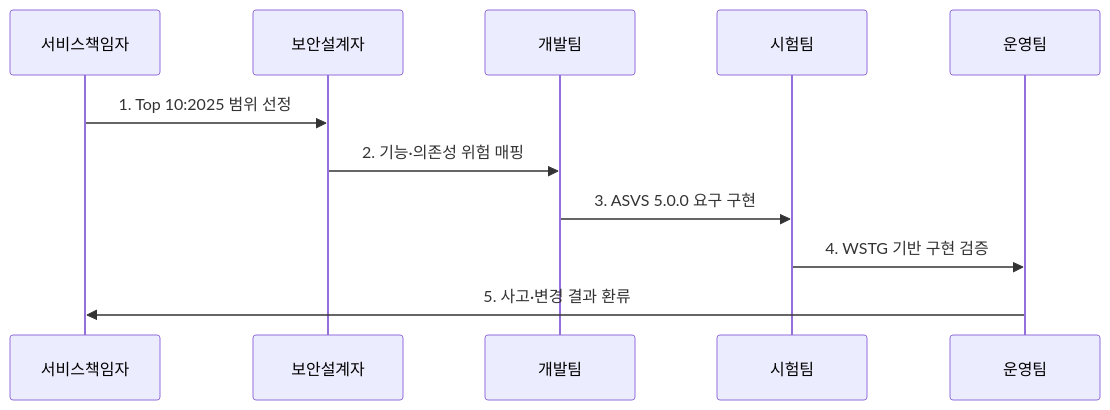
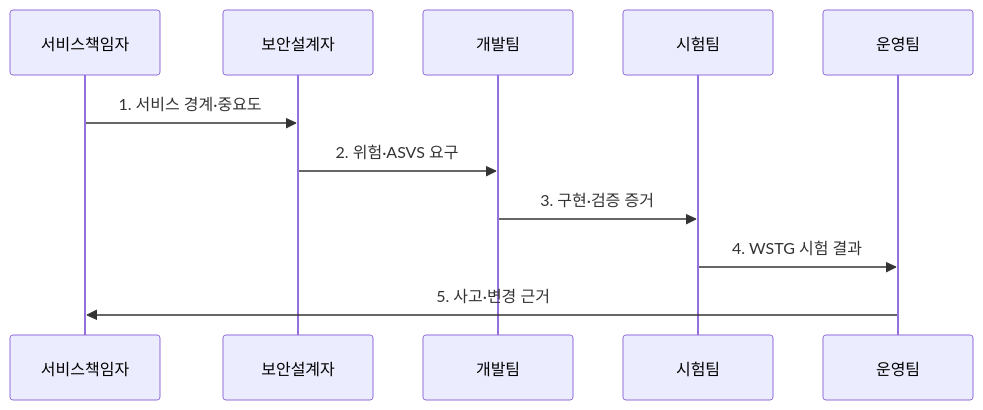
One commit to agnusdei1207/knowledge-base changed the second of 2 diagrams in src/content/docs/notes/05-security/045_owasp_top_10.md. Above: the diagram before and after it, drawn with Mermaid. The commit also changed other lines of this file and 20 other files, not shown here.

````diff
--- a/src/content/docs/notes/05-security/045_owasp_top_10.md
+++ b/src/content/docs/notes/05-security/045_owasp_top_10.md
@@ -84,13 +83,13 @@
 ```mermaid
 sequenceDiagram
     participant 서비스책임자
     participant 보안설계자
     participant 개발팀
     participant 시험팀
     participant 운영팀
-    서비스책임자->>보안설계자: 1. Top 10:2025 범위 선정
-    보안설계자->>개발팀: 2. 기능·의존성 위험 매핑
-    개발팀->>시험팀: 3. ASVS 5.0.0 요구 구현
-    시험팀->>운영팀: 4. WSTG 기반 구현 검증
-    운영팀->>서비스책임자: 5. 사고·변경 결과 환류
+    서비스책임자->>보안설계자: 1. 서비스 경계·중요도
+    보안설계자->>개발팀: 2. 위험·ASVS 요구
+    개발팀->>시험팀: 3. 구현·검증 증거
+    시험팀->>운영팀: 4. WSTG 시험 결과
+    운영팀->>서비스책임자: 5. 사고·변경 근거
 ```
````
